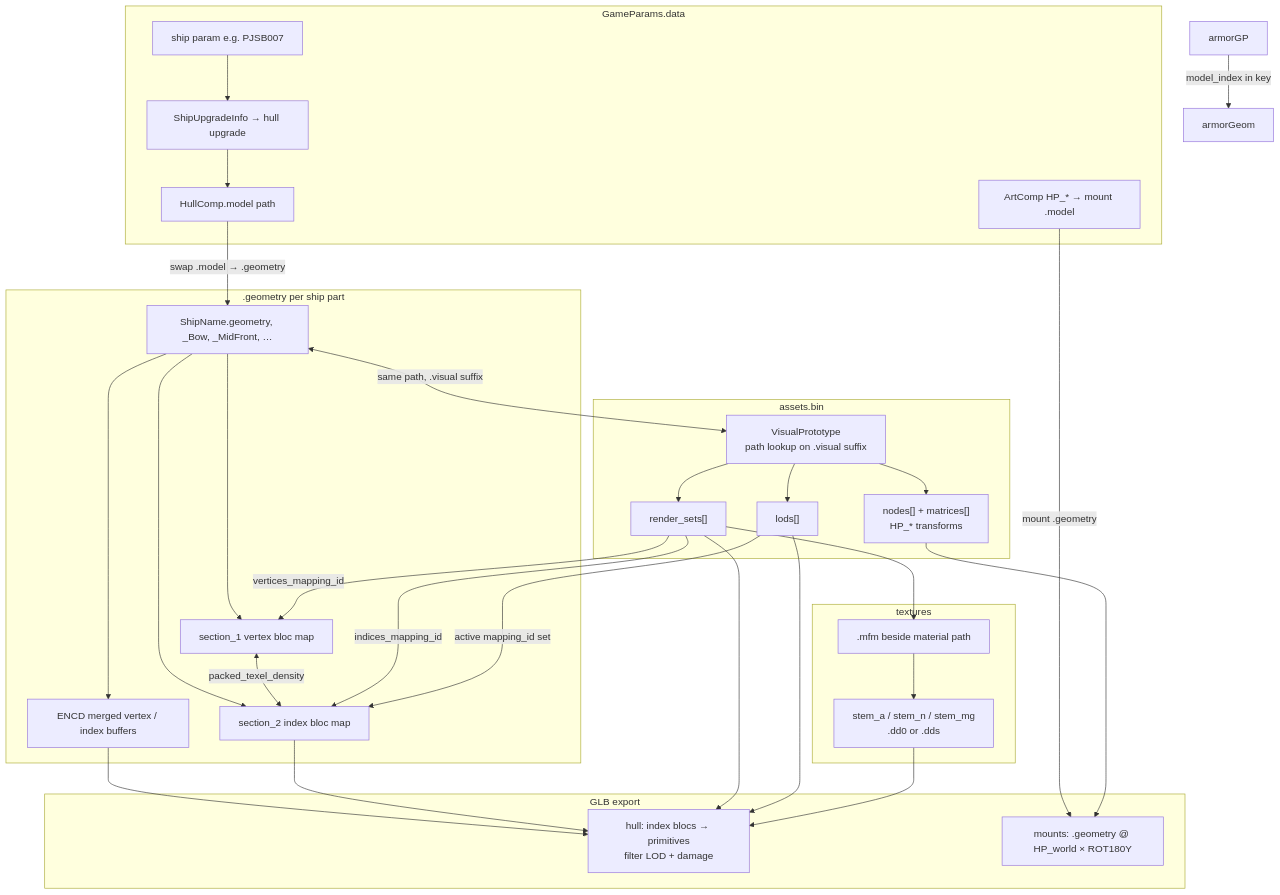
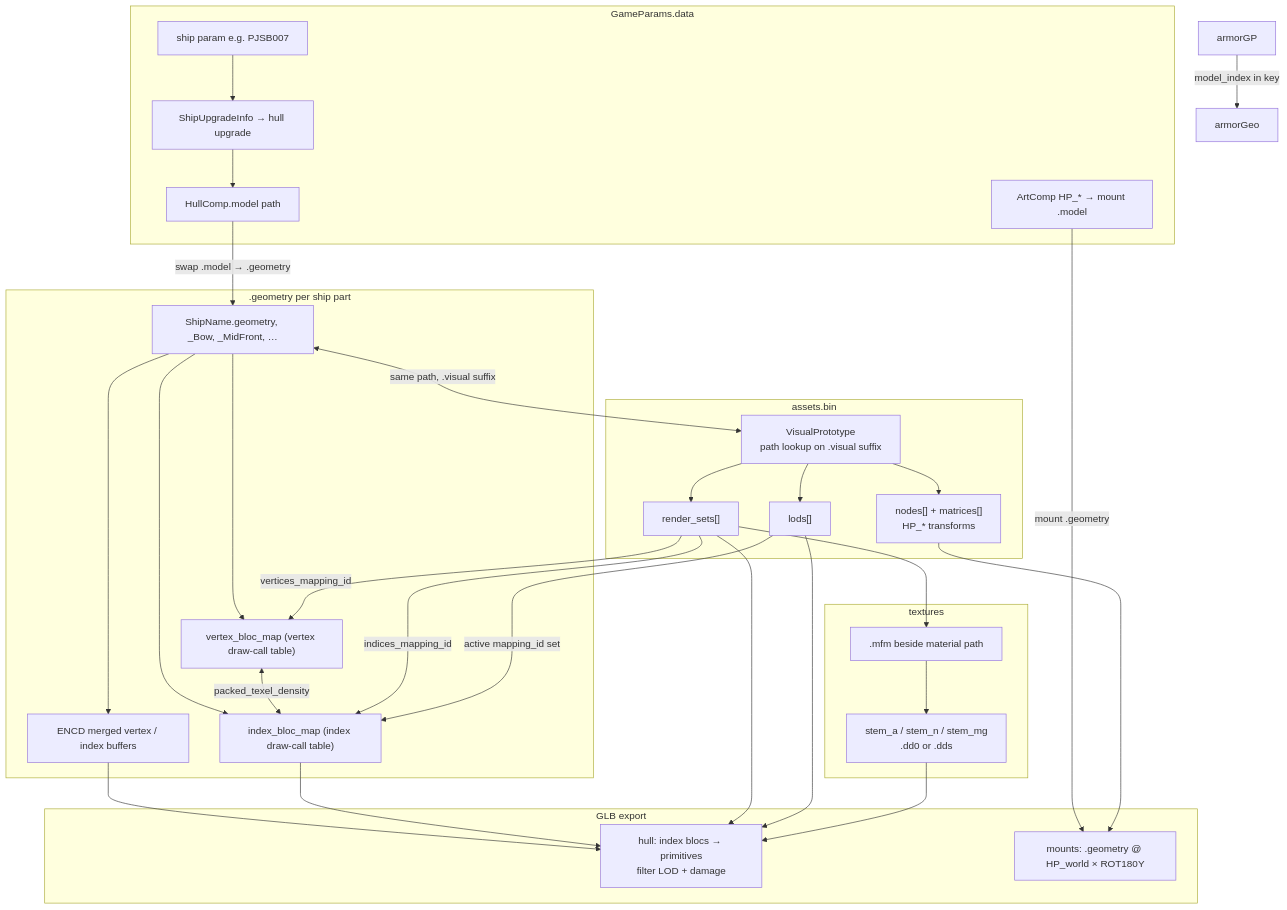
One commit to wows-tools/wows-geometry changed the first of 2 diagrams in MODEL.md. Above: the diagram before and after it, drawn with Mermaid. The commit also changed other lines of this file and 6 other files, not shown here.

````diff
--- a/MODEL.md
+++ b/MODEL.md
@@ -22,61 +22,61 @@
 ```mermaid
 flowchart TB
     subgraph GP["GameParams.data"]
         ship["ship param e.g. PJSB007"]
         upgrade["ShipUpgradeInfo → hull upgrade"]
         hullModel["HullComp.model path"]
         mountsGP["ArtComp HP_* → mount .model"]
     end
 
     subgraph GEOM[".geometry per ship part"]
         geomFiles["ShipName.geometry, _Bow, _MidFront, …"]
-        s1["section_1 vertex bloc map"]
-        s2["section_2 index bloc map"]
+        vbloc["vertex_bloc_map (vertex draw-call table)"]
+        ibloc["index_bloc_map (index draw-call table)"]
         encd["ENCD merged vertex / index buffers"]
     end
 
     subgraph AB["assets.bin"]
         visual["VisualPrototype<br/>path lookup on .visual suffix"]
         rs["render_sets[]"]
         lods["lods[]"]
         hpNodes["nodes[] + matrices[]<br/>HP_* transforms"]
     end
 
     subgraph TEX["textures"]
         mfm[".mfm beside material path"]
         dds["stem_a / stem_n / stem_mg<br/>.dd0 or .dds"]
     end
 
     subgraph OUT["GLB export"]
         hullOut["hull: index blocs → primitives<br/>filter LOD + damage"]
         mountOut["mounts: .geometry @ HP_world × ROT180Y"]
     end
 
     ship --> upgrade
     upgrade --> hullModel
     hullModel -->|"swap .model → .geometry"| geomFiles
-    geomFiles --> s1
-    geomFiles --> s2
+    geomFiles --> vbloc
+    geomFiles --> ibloc
     geomFiles --> encd
-    s1 <-->|"packed_texel_density"| s2
-    armorGP -->|"model_index in key"| armorGeom
+    vbloc <-->|"packed_texel_density"| ibloc
+    armorGP -->|"model_index in key"| armorGeo
 
     geomFiles <-->|"same path, .visual suffix"| visual
     visual --> rs
     visual --> lods
     visual --> hpNodes
 
-    rs -->|"indices_mapping_id"| s2
-    rs -->|"vertices_mapping_id"| s1
+    rs -->|"indices_mapping_id"| ibloc
+    rs -->|"vertices_mapping_id"| vbloc
     rs --> mfm
     mfm --> dds
-    lods -->|"active mapping_id set"| s2
+    lods -->|"active mapping_id set"| ibloc
 
     mountsGP -->|"mount .geometry"| mountOut
     hpNodes --> mountOut
     encd --> hullOut
-    s2 --> hullOut
+    ibloc --> hullOut
     rs --> hullOut
     lods --> hullOut
     dds --> hullOut
 ```
````
